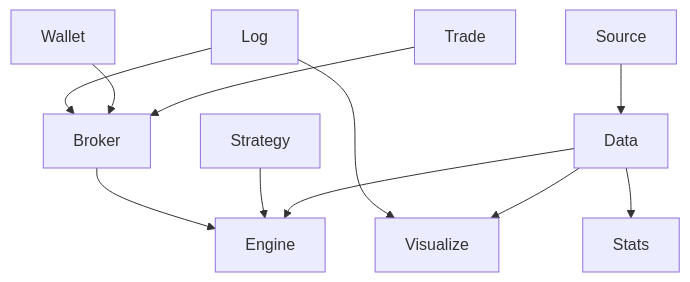
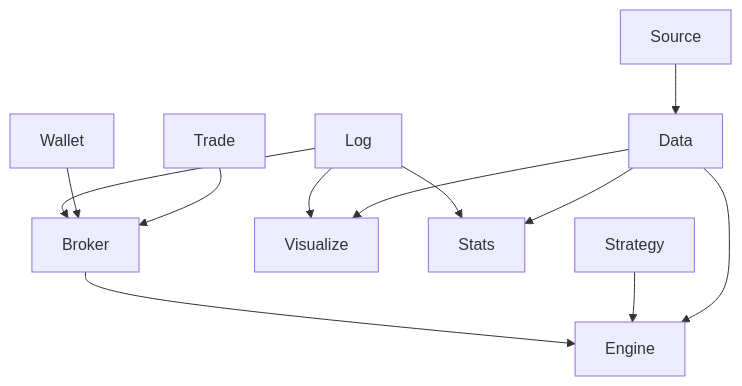
Before and after one commit to nanvel/cipher-bt: the diagram in README.md, drawn with Mermaid.

````diff
--- a/README.md
+++ b/README.md
@@ -3,13 +3,14 @@
 ```mermaid
 graph TD;
     Log-->Broker;
     Log-->Visualize;
+    Log-->Stats;
     Wallet-->Broker;
     Trade-->Broker;
     Broker-->Engine;
     Strategy-->Engine;
     Data-->Engine;
     Source-->Data;
     Data-->Stats;
     Data-->Visualize;
 ```
````
